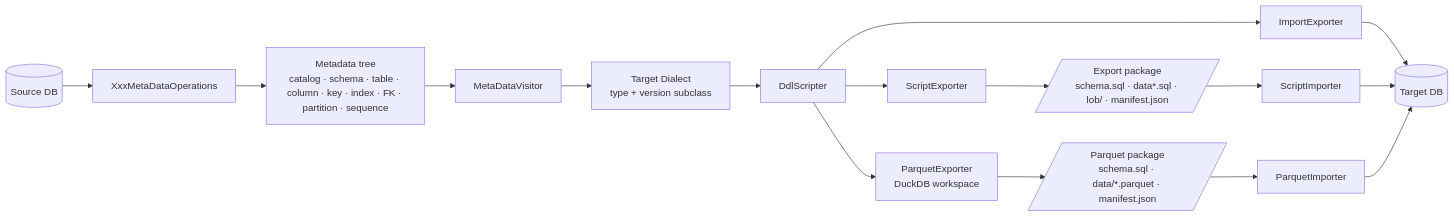
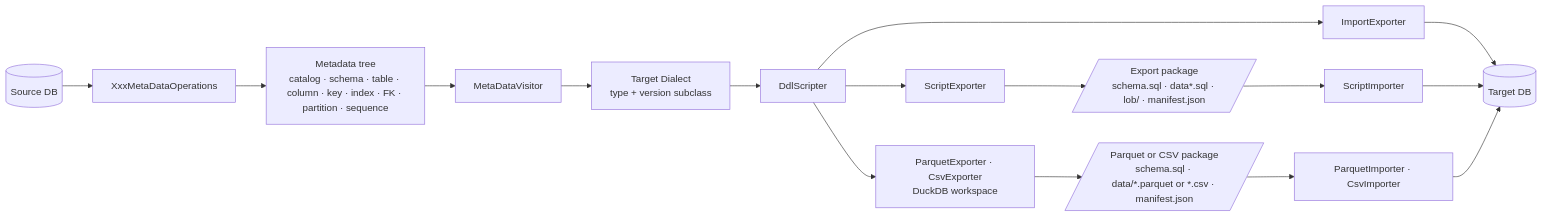
One commit to paganini2008/sqljam changed the diagram in README.md. Above: the diagram before and after it, drawn with Mermaid. The commit also changed other lines of this file and 75 other files, not shown here.

````diff
--- a/README.md
+++ b/README.md
@@ -49,13 +50,13 @@
 ```mermaid
 flowchart LR
     S[(Source DB)] --> O[XxxMetaDataOperations]
     O --> T[Metadata tree<br/>catalog · schema · table · column · key · index · FK · partition · sequence]
     T --> V[MetaDataVisitor]
     V --> D[Target Dialect<br/>type + version subclass]
     D --> DS[DdlScripter]
     DS --> I[ImportExporter] --> TD[(Target DB)]
     DS --> E[ScriptExporter] --> P[/Export package<br/>schema.sql · data*.sql · lob/ · manifest.json/]
-    DS --> PE[ParquetExporter<br/>DuckDB workspace] --> PP[/Parquet package<br/>schema.sql · data/*.parquet · manifest.json/]
+    DS --> PE[ParquetExporter · CsvExporter<br/>DuckDB workspace] --> PP[/Parquet or CSV package<br/>schema.sql · data/*.parquet or *.csv · manifest.json/]
     P --> SI[ScriptImporter] --> TD
-    PP --> PI[ParquetImporter] --> TD
+    PP --> PI[ParquetImporter · CsvImporter] --> TD
 ```
````
